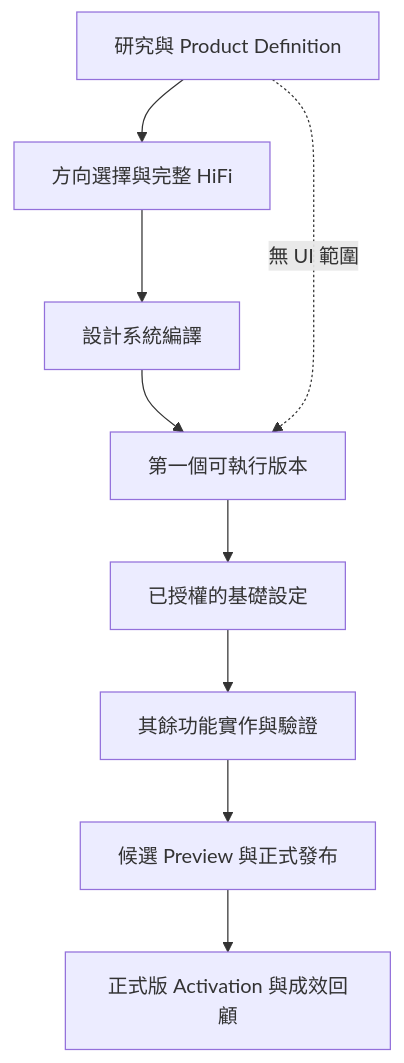
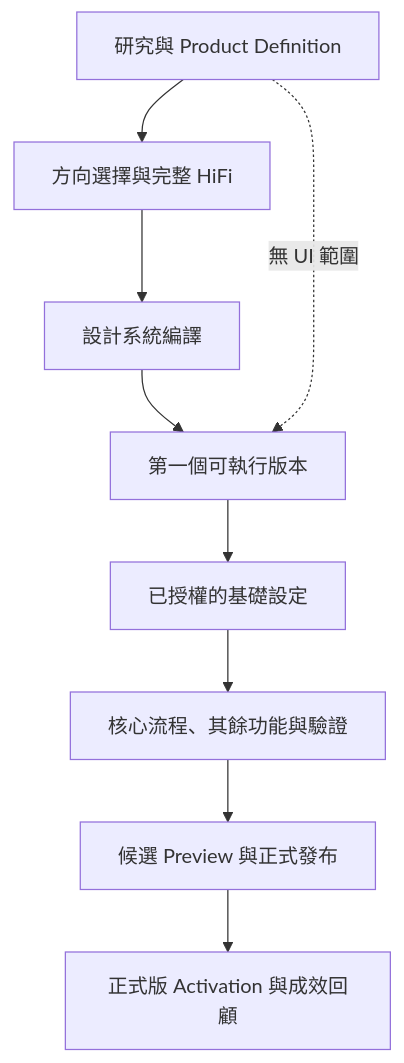
Before and after one commit to Phlegonlabs/product-delivery-harness: the first of 4 diagrams in README.zh-TW.md, drawn with Mermaid. The commit also changed other lines of this file and 8 other files, not shown here.

````diff
--- a/README.zh-TW.md
+++ b/README.zh-TW.md
@@ -77,11 +77,11 @@
 ```mermaid
 flowchart TD
   P[研究與 Product Definition] --> U[方向選擇與完整 HiFi]
   U --> D[設計系統編譯]
   D --> B[第一個可執行版本]
   P -. 無 UI 範圍 .-> B
   B --> F[已授權的基礎設定]
-  F --> I[其餘功能實作與驗證]
+  F --> I[核心流程、其餘功能與驗證]
   I --> R[候選 Preview 與正式發布]
   R --> A[正式版 Activation 與成效回顧]
 ```
````
